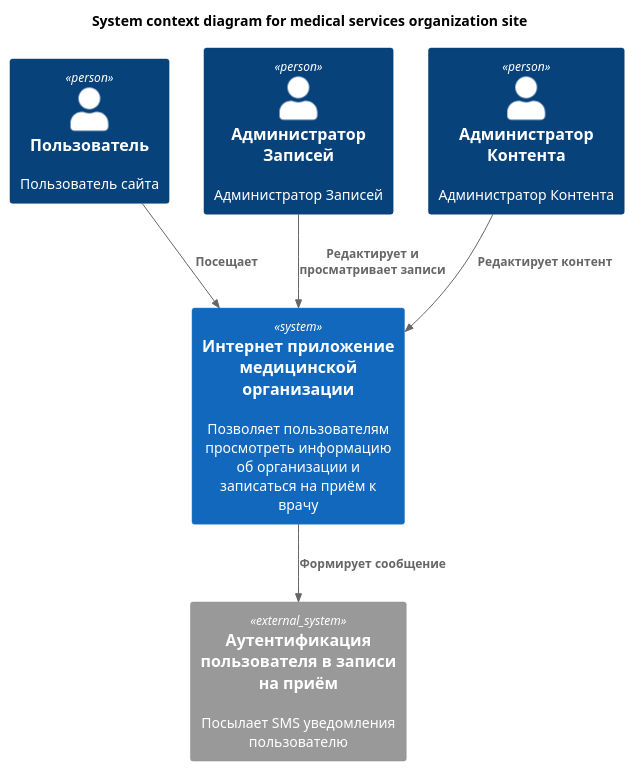
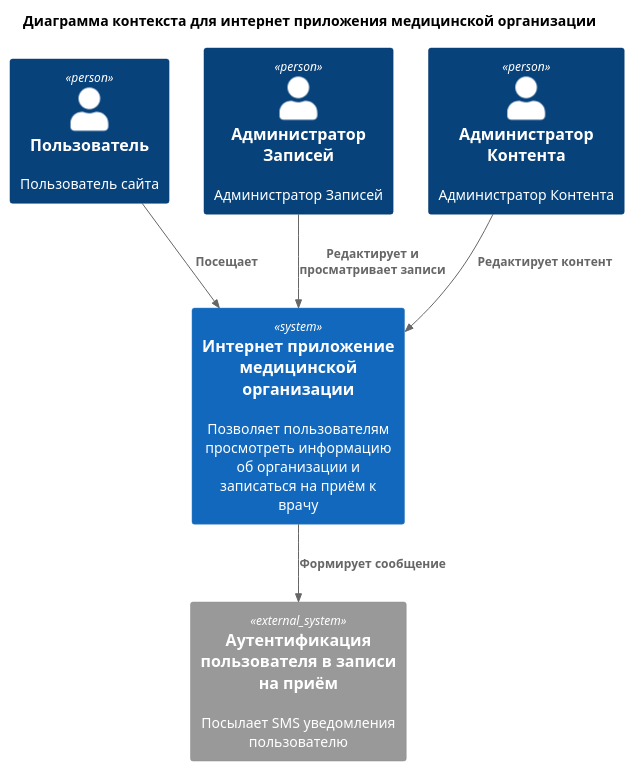
The diagram in docs/UML/ContextDiagram.puml (Vovkarik/CardioDom), drawn with PlantUML before and after one commit. The commit also changed 2 other files, not shown here.

Commit message:
Changed diagrams

```diff
--- a/docs/UML/ContextDiagram.puml
+++ b/docs/UML/ContextDiagram.puml
@@ -1,20 +1,20 @@
 @startuml
 !includeurl https://raw.githubusercontent.com/RicardoNiepel/C4-PlantUML/master/C4_Context.puml
 ' uncomment the following line and comment the first to use locally
 ' !include C4_Context.puml
 
 ' LAYOUT_WITH_LEGEND
 
-title System context diagram for medical services organization site
+title Диаграмма контекста для интернет приложения медицинской организации
 
 Person(customer, "Пользователь", "Пользователь сайта")
 Person(appointment_admin, Администратор Записей, "Администратор Записей")
 Person(content_admin, "Администратор Контента", "Администратор Контента")
 System(site, "Интернет приложение медицинской организации", "Позволяет пользователям просмотреть информацию об организации и записаться на приём к врачу")
 System_Ext(SMS, "Аутентификация пользователя в записи на приём", "Посылает SMS уведомления пользователю")
 
 Rel(customer, site, "Посещает")
 Rel(content_admin, site, "Редактирует контент")
 Rel(appointment_admin, site, "Редактирует и просматривает записи")
 Rel(site, SMS, "Формирует сообщение")
 @enduml
```
